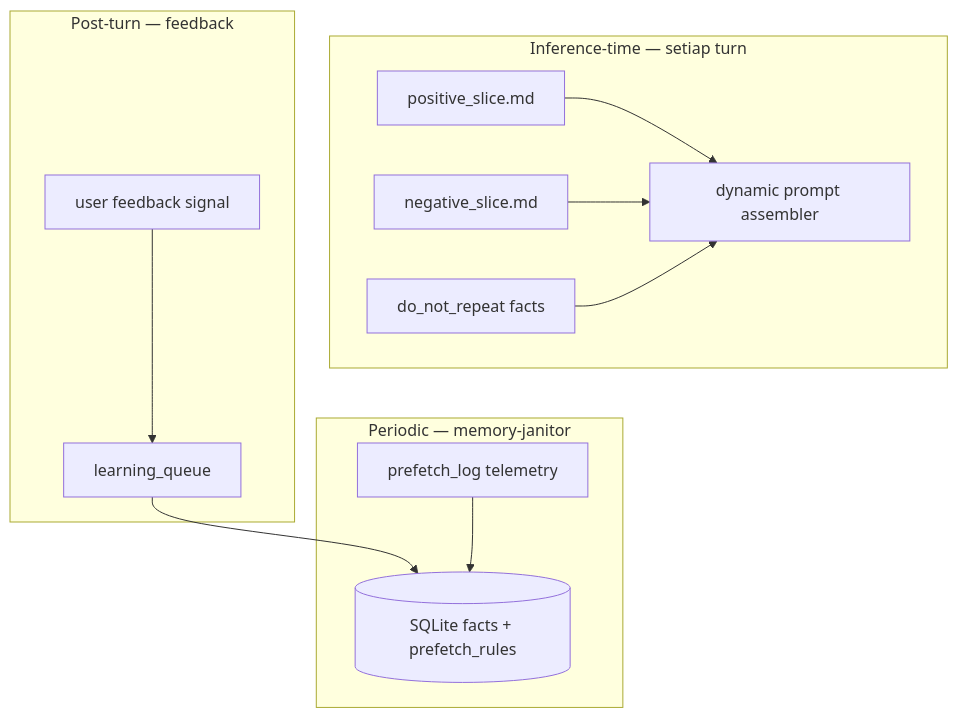
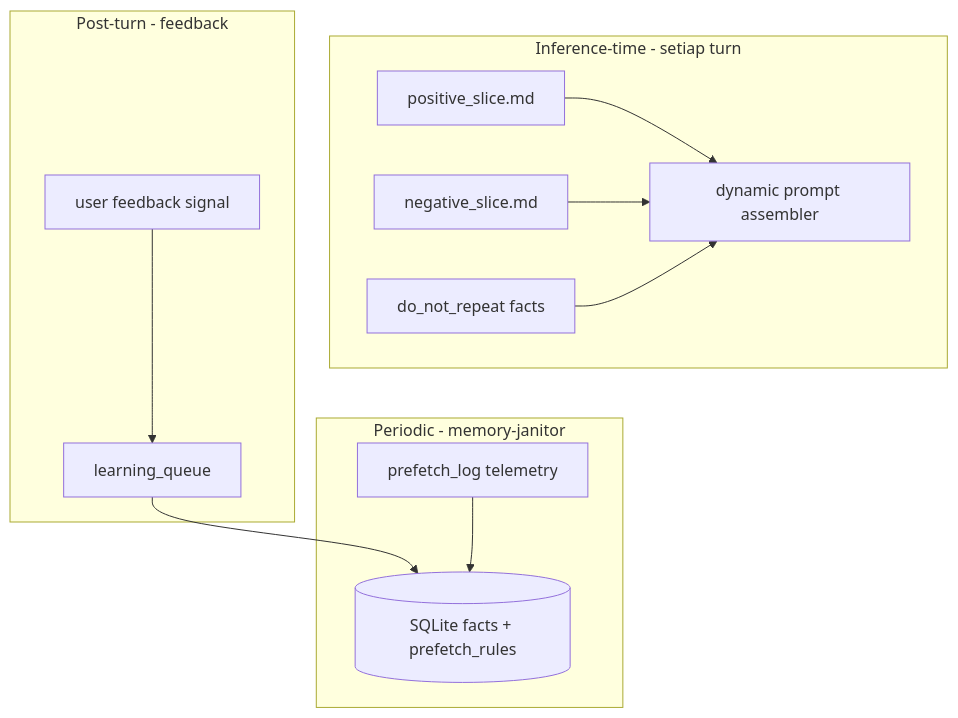
Before and after one commit to jahrulnr/sapaloq: the diagram in docs/FEEDBACK-SOP.md, drawn with Mermaid. The commit also changed other lines of this file and 255 other files, not shown here.

````diff
--- a/docs/FEEDBACK-SOP.md
+++ b/docs/FEEDBACK-SOP.md
@@ -35,24 +35,24 @@
 ```mermaid
 flowchart TB
-  subgraph inference [Inference-time — setiap turn]
+  subgraph inference [Inference-time - setiap turn]
     POS[positive_slice.md]
     NEG[negative_slice.md]
     DNR[do_not_repeat facts]
     DP[dynamic prompt assembler]
     POS --> DP
     NEG --> DP
     DNR --> DP
   end
 
-  subgraph post [Post-turn — feedback]
+  subgraph post [Post-turn - feedback]
     FB[user feedback signal]
     LQ[learning_queue]
     FB --> LQ
   end
 
-  subgraph tune [Periodic — memory-janitor]
+  subgraph tune [Periodic - memory-janitor]
     LQ --> IX[(SQLite facts + prefetch_rules)]
     PL[prefetch_log telemetry]
     PL --> IX
   end
 ```
````
